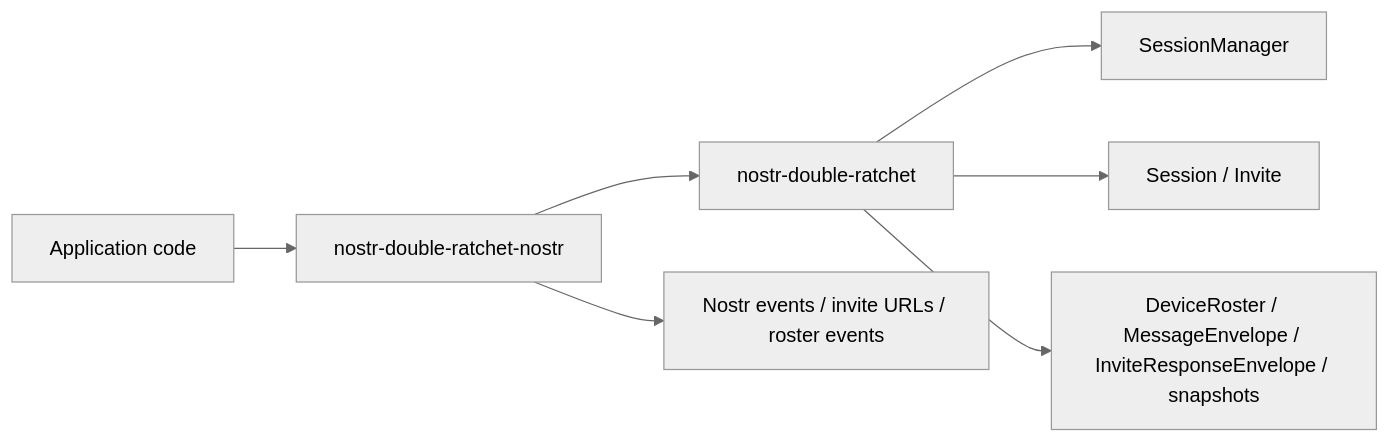
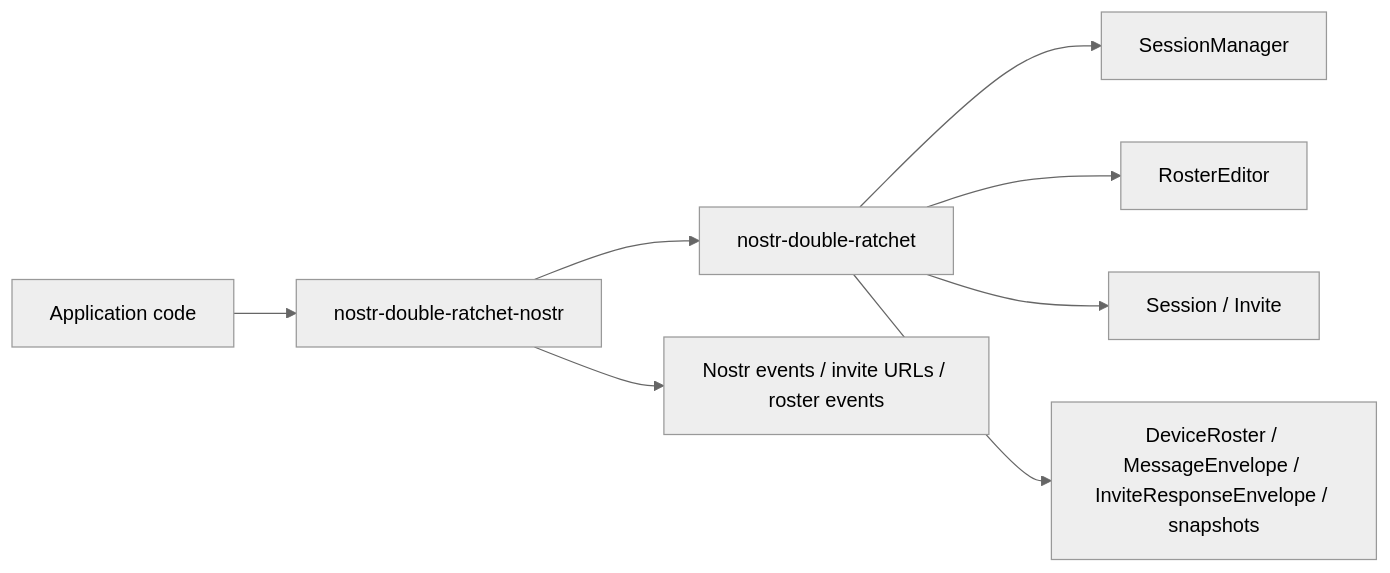
Before and after one commit to lauri000/nostr-double-ratchet: the first of 3 diagrams in README.md, drawn with Mermaid (neutral theme). The commit also changed other lines of this file and 16 other files, not shown here.

````diff
--- a/README.md
+++ b/README.md
@@ -36,11 +37,12 @@
 ```mermaid
 flowchart LR
   App["Application code"] --> Adapter["nostr-double-ratchet-nostr"]
   Adapter --> Core["nostr-double-ratchet"]
 
   Core --> SM["SessionManager"]
+  Core --> RE["RosterEditor"]
   Core --> Low["Session / Invite"]
   Core --> Types["DeviceRoster / MessageEnvelope / InviteResponseEnvelope / snapshots"]
 
   Adapter --> Nostr["Nostr events / invite URLs / roster events"]
 ```
````
